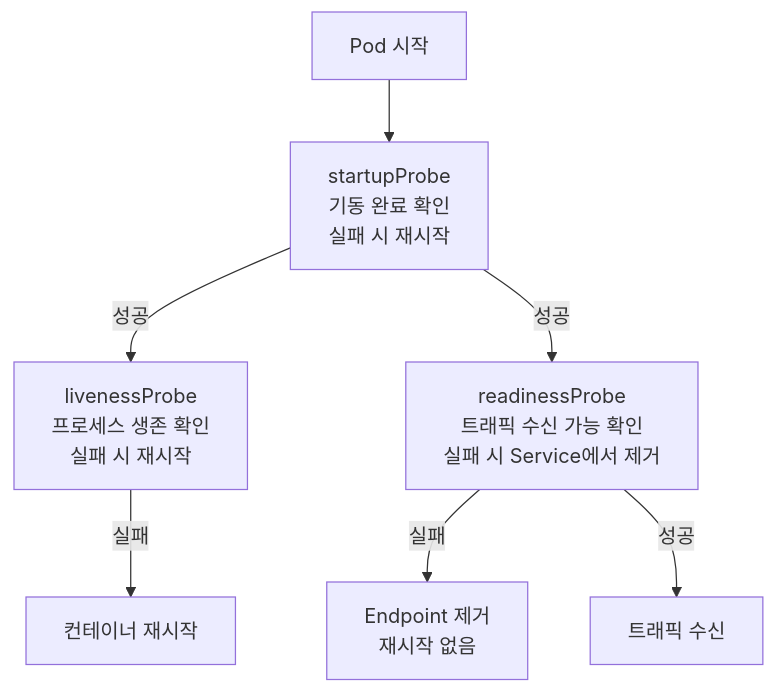
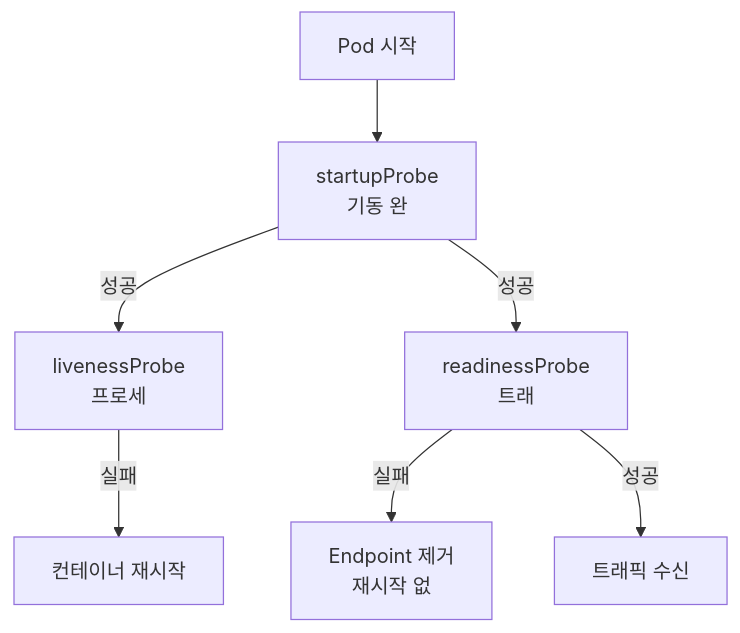
Before and after one commit to yjkim2015/yjkim2015.github.io: the third of 5 diagrams in _posts/cloud/2026-05-02-kubernetes-cold-start.md, drawn with Mermaid. The commit also changed other lines of this file and 271 other files, not shown here.

First line of the commit message:
Mermaid 라벨 축소: 긴 노드 텍스트 18자 이하로 트림 + \n 제거

````diff
--- a/_posts/cloud/2026-05-02-kubernetes-cold-start.md
+++ b/_posts/cloud/2026-05-02-kubernetes-cold-start.md
@@ -221,9 +221,9 @@
 ```mermaid
 graph TD
-    Start["Pod 시작"] --> SP["startupProbe\n기동 완료 확인\n실패 시 재시작"]
-    SP -->|"성공"| LP["livenessProbe\n프로세스 생존 확인\n실패 시 재시작"]
-    SP -->|"성공"| RP["readinessProbe\n트래픽 수신 가능 확인\n실패 시 Service에서 제거"]
+    Start["Pod 시작"] --> SP["startupProbe\n기동 완"]
+    SP -->|"성공"| LP["livenessProbe\n프로세"]
+    SP -->|"성공"| RP["readinessProbe\n트래"]
     LP -->|"실패"| Restart["컨테이너 재시작"]
-    RP -->|"실패"| Remove["Endpoint 제거\n재시작 없음"]
+    RP -->|"실패"| Remove["Endpoint 제거\n재시작 없"]
     RP -->|"성공"| Traffic["트래픽 수신"]
 ```
````
